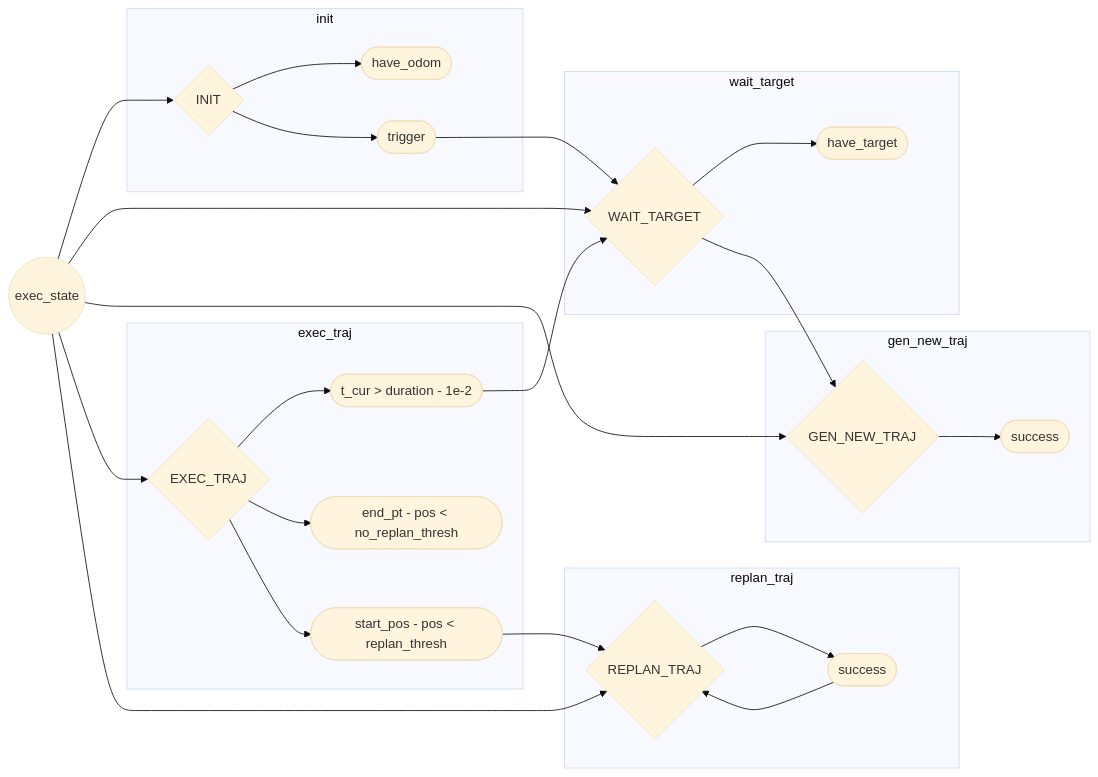
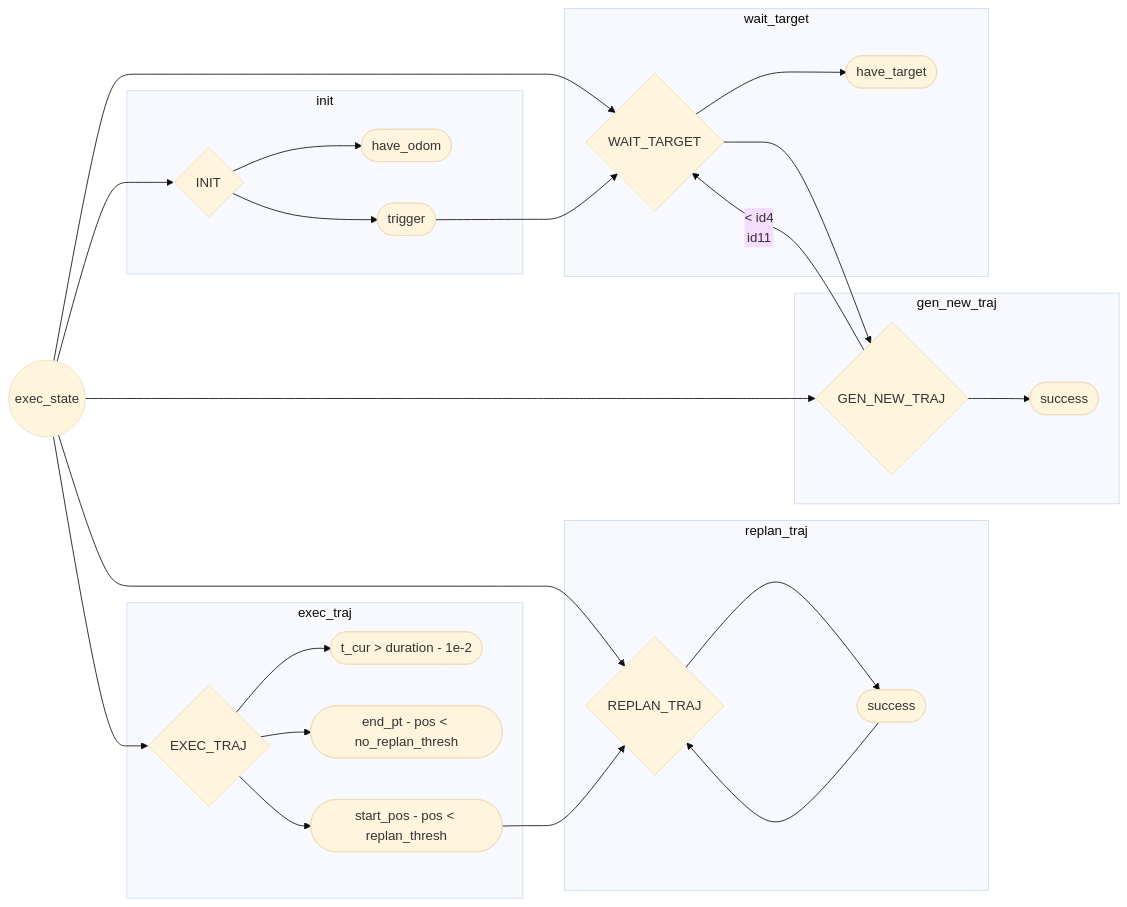
The first of 2 diagrams in sp_code/create_table.md (Dieptranivsr/drone_extend), drawn with Mermaid (base theme) before and after one commit.

````diff
--- a/sp_code/create_table.md
+++ b/sp_code/create_table.md
@@ -1,31 +1,32 @@
 ```mermaid
 flowchart LR
     id1((exec_state)) --> id2{INIT}
     id1 --> id3{WAIT_TARGET}
     id1 --> id4{GEN_NEW_TRAJ}
     id1 --> id5{EXEC_TRAJ}
     id1 --> id6{REPLAN_TRAJ}
     subgraph replan_traj
         id6 --> id14([success])
     end
     subgraph exec_traj
         id5 --> id11([t_cur > duration - 1e-2])
         id5 --> id12([end_pt - pos < no_replan_thresh])
         id5 --> id13([start_pos - pos < replan_thresh])
     end
     subgraph gen_new_traj
         id4 --> id10([success])
     end
     subgraph wait_target
         id3 --> id9([have_target])
     end
     subgraph init
         id2 --> id7([have_odom])
         id2 --> id8([trigger])
     end
     id8 --> id3
+    id3 --> id4
+    id4 --< id4
     id11 --> id3
-    id3 --> id4
     id13 --> id6
     id14 --> id6
 ```
````
